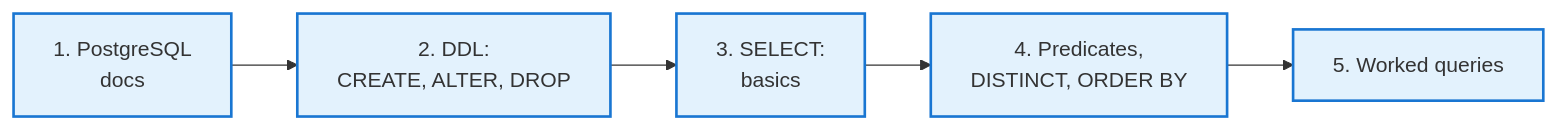
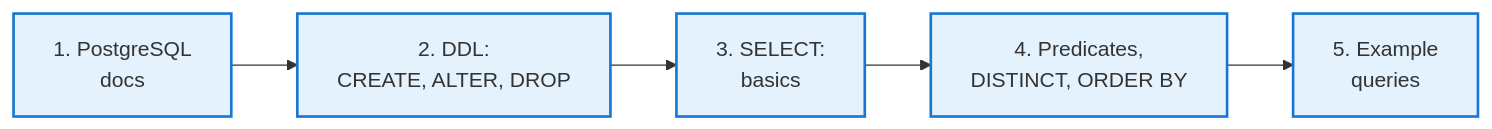
The second of 3 diagrams in lecture-outlines/day10-sql-ddl-select/slides.md (ufdatastudio/cop5725fa26), drawn with Mermaid before and after one commit. The commit also changed other lines of this file and 50 other files, not shown here.

````diff
--- a/lecture-outlines/day10-sql-ddl-select/slides.md
+++ b/lecture-outlines/day10-sql-ddl-select/slides.md
@@ -74,9 +74,9 @@
 ```mermaid
 graph LR
   D["1. PostgreSQL<br/>docs"] --> DDL["2. DDL:<br/>CREATE, ALTER, DROP"]
   DDL --> S["3. SELECT:<br/>basics"]
   S --> P["4. Predicates,<br/>DISTINCT, ORDER BY"]
-  P --> W["5. Worked queries"]
+  P --> W["5. Example<br/>queries"]
   classDef step fill:#e3f2fd,stroke:#1976d2,stroke-width:2px
   class D,DDL,S,P,W step
 ```
````
